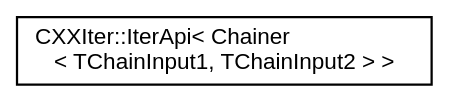
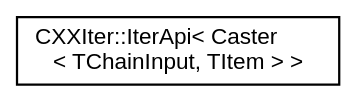
Before and after one commit to seijikun/CXXIter: the diagram in inherit_graph_1.dot, drawn with Graphviz. The commit also changed 54 other files, not shown here.

```diff
--- a/inherit_graph_1.dot
+++ b/inherit_graph_1.dot
@@ -1,10 +1,10 @@
 digraph "Graphical Class Hierarchy"
 {
  // INTERACTIVE_SVG=YES
  // LATEX_PDF_SIZE
   bgcolor="transparent";
   edge [fontname="Helvetica",fontsize="10",labelfontname="Helvetica",labelfontsize="10"];
   node [fontname="Helvetica",fontsize="10",shape=record];
   rankdir="LR";
-  Node0 [label="CXXIter::IterApi\< Chainer\l\< TChainInput1, TChainInput2 \> \>",height=0.2,width=0.4,color="black",URL="$classCXXIter_1_1IterApi.html",tooltip=" "];
+  Node0 [label="CXXIter::IterApi\< Caster\l\< TChainInput, TItem \> \>",height=0.2,width=0.4,color="black",URL="$classCXXIter_1_1IterApi.html",tooltip=" "];
 }
```
